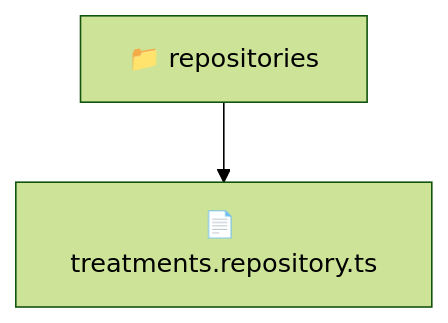
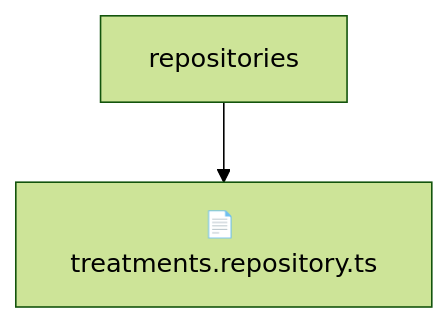
Before and after one commit to beginwebdev2002/fullstack-mavluda: the diagram in backend/src/modules/treatments/infrastructure/repositories/README.md, drawn with Mermaid (forest theme). The commit also changed other lines of this file and 155 other files, not shown here.

````diff
--- a/backend/src/modules/treatments/infrastructure/repositories/README.md
+++ b/backend/src/modules/treatments/infrastructure/repositories/README.md
@@ -10,5 +14,5 @@
 ```mermaid
 graph TD
-  Root["📁 repositories"]
-  Root --> treatmentsrepositoryts["📄 treatments.repository.ts"]
+    Root[repositories]
+    Root --> F0[📄 treatments.repository.ts]
 ```
````
